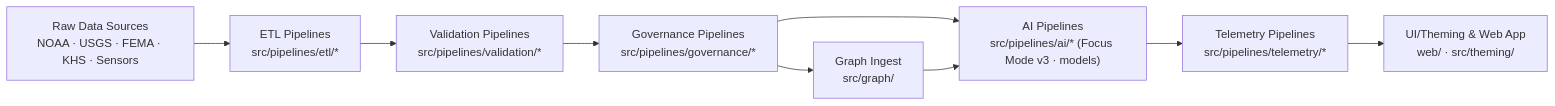
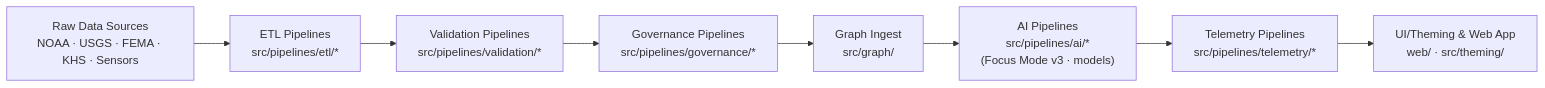
One commit to bartytime4life/Kansas-Frontier-Matrix changed the diagram in src/README.md. Above: the diagram before and after it, drawn with Mermaid. The commit also changed other lines of this file, not shown here.

````diff
--- a/src/README.md
+++ b/src/README.md
@@ -144,12 +187,11 @@
 ```mermaid
 flowchart LR
   A["Raw Data Sources<br/>NOAA · USGS · FEMA · KHS · Sensors"] 
     --> B["ETL Pipelines<br/>src/pipelines/etl/*"]
   B --> C["Validation Pipelines<br/>src/pipelines/validation/*"]
   C --> D["Governance Pipelines<br/>src/pipelines/governance/*"]
-  D --> E["AI Pipelines<br/>src/pipelines/ai/* (Focus Mode v3 · models)"]
+  D --> H["Graph Ingest<br/>src/graph/"]
+  H --> E["AI Pipelines<br/>src/pipelines/ai/*<br/>(Focus Mode v3 · models)"]
   E --> F["Telemetry Pipelines<br/>src/pipelines/telemetry/*"]
   F --> G["UI/Theming & Web App<br/>web/ · src/theming/"]
-  D --> H["Graph Ingest<br/>src/graph/"]
-  H --> E
 ```
````
